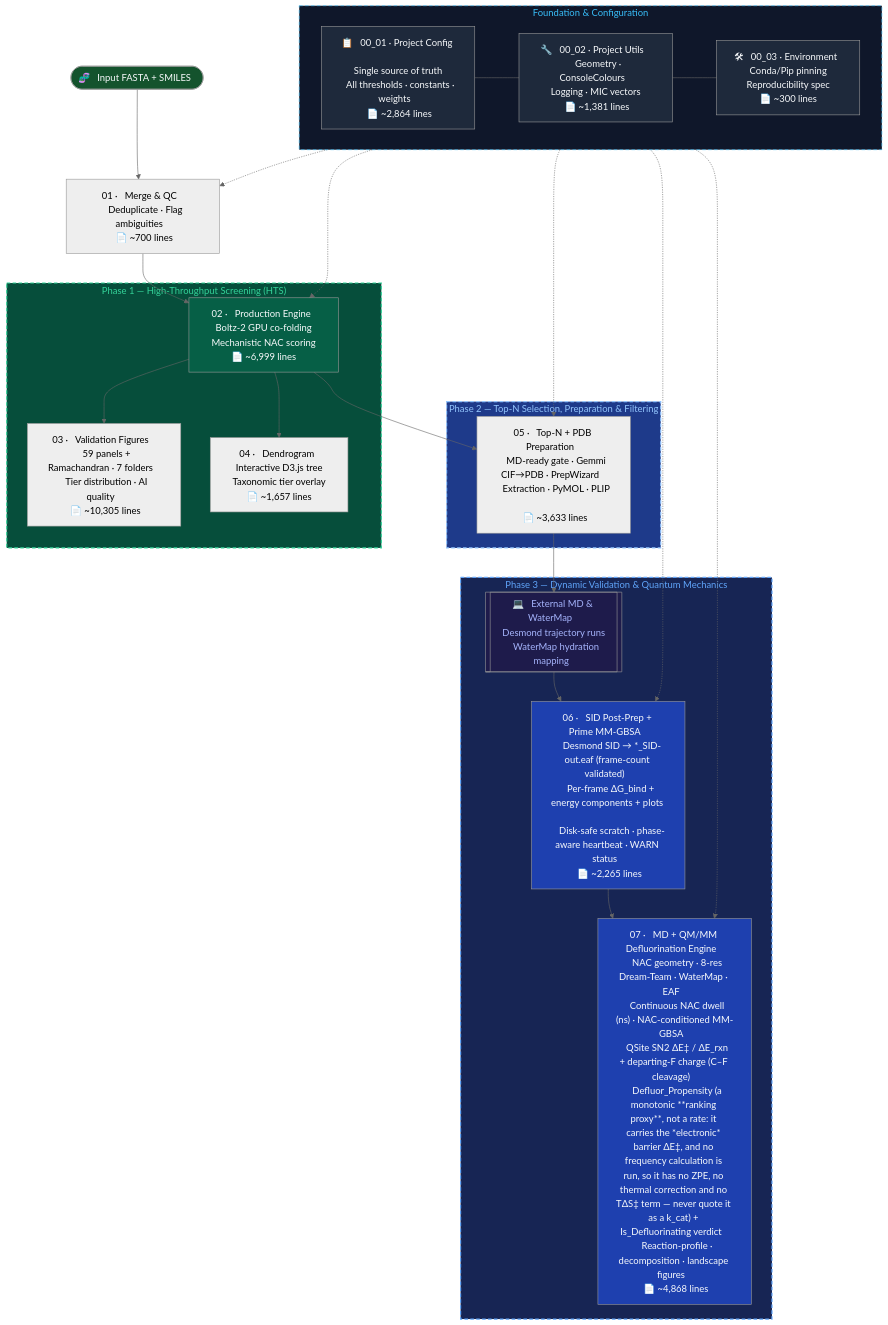
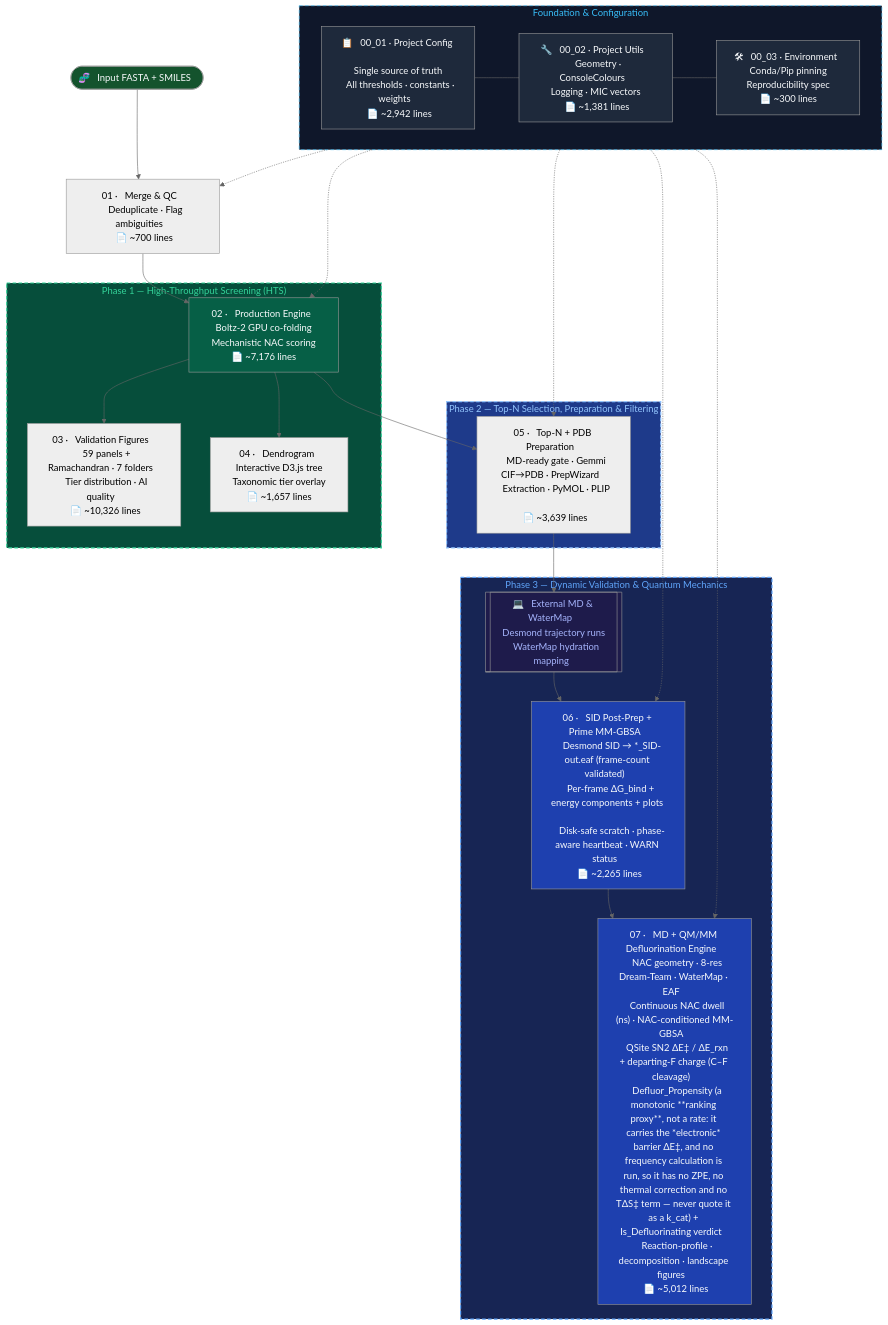
Before and after one commit to KU-MGB/DeFluorX: the diagram in README.md, drawn with Mermaid (neutral theme). The commit also changed other lines of this file and 11 other files, not shown here.

````diff
--- a/README.md
+++ b/README.md
@@ -190,56 +190,56 @@
 ```mermaid
 flowchart TD
     subgraph FOUNDATION["  Foundation & Configuration  "]
-        CFG["📋 &nbsp; 00_01 · Project Config &nbsp; \n &nbsp; Single source of truth &nbsp; \n &nbsp; All thresholds · constants · weights &nbsp; \n &nbsp; 📄 ~2,864 lines &nbsp; "]
+        CFG["📋 &nbsp; 00_01 · Project Config &nbsp; \n &nbsp; Single source of truth &nbsp; \n &nbsp; All thresholds · constants · weights &nbsp; \n &nbsp; 📄 ~2,942 lines &nbsp; "]
         UTL["🔧 &nbsp; 00_02 · Project Utils &nbsp; \n &nbsp; Geometry · ConsoleColours &nbsp; \n &nbsp; Logging · MIC vectors &nbsp; \n &nbsp; 📄 ~1,381 lines &nbsp; "]
         ENV["🛠 &nbsp; 00_03 · Environment &nbsp; \n &nbsp; Conda/Pip pinning &nbsp; \n &nbsp; Reproducibility spec &nbsp; \n &nbsp; 📄 ~300 lines &nbsp; "]
         CFG --- UTL --- ENV
     end
 
     START(["🧬 &nbsp; Input FASTA + SMILES &nbsp;"]) --> M1
     M1["01 · &nbsp; Merge & QC &nbsp; \n &nbsp; Deduplicate · Flag ambiguities &nbsp; \n &nbsp; 📄 ~700 lines &nbsp; "] --> M2
 
     subgraph PHASE1["  Phase 1 — High-Throughput Screening (HTS)  "]
-        M2["02 · &nbsp; Production Engine &nbsp; \n &nbsp; Boltz-2 GPU co-folding &nbsp; \n &nbsp; Mechanistic NAC scoring &nbsp; \n &nbsp; 📄 ~6,999 lines &nbsp; "]
-        M3["03 · &nbsp; Validation Figures &nbsp; \n &nbsp; 59 panels + Ramachandran · 7 folders &nbsp; \n &nbsp; Tier distribution · AI quality &nbsp; \n &nbsp; 📄 ~10,305 lines &nbsp; "]
+        M2["02 · &nbsp; Production Engine &nbsp; \n &nbsp; Boltz-2 GPU co-folding &nbsp; \n &nbsp; Mechanistic NAC scoring &nbsp; \n &nbsp; 📄 ~7,176 lines &nbsp; "]
+        M3["03 · &nbsp; Validation Figures &nbsp; \n &nbsp; 59 panels + Ramachandran · 7 folders &nbsp; \n &nbsp; Tier distribution · AI quality &nbsp; \n &nbsp; 📄 ~10,326 lines &nbsp; "]
         M4["04 · &nbsp; Dendrogram &nbsp; \n &nbsp; Interactive D3.js tree &nbsp; \n &nbsp; Taxonomic tier overlay &nbsp; \n &nbsp; 📄 ~1,657 lines &nbsp; "]
         M2 --> M3
         M2 --> M4
     end
 
     M2 --> M5
 
     subgraph PHASE2["  Phase 2 — Top-N Selection, Preparation & Filtering  "]
-        M5["05 · &nbsp; Top-N + PDB Preparation &nbsp; \n &nbsp; MD-ready gate · Gemmi CIF→PDB · PrepWizard &nbsp; \n &nbsp; Extraction · PyMOL · PLIP &nbsp; \n &nbsp; 📄 ~3,633 lines &nbsp; "]
+        M5["05 · &nbsp; Top-N + PDB Preparation &nbsp; \n &nbsp; MD-ready gate · Gemmi CIF→PDB · PrepWizard &nbsp; \n &nbsp; Extraction · PyMOL · PLIP &nbsp; \n &nbsp; 📄 ~3,639 lines &nbsp; "]
     end
 
     M5 --> EXT_MD
 
     subgraph PHASE3["  Phase 3 — Dynamic Validation & Quantum Mechanics  "]
         EXT_MD[["💻 &nbsp; External MD & WaterMap &nbsp; \n &nbsp; Desmond trajectory runs &nbsp; \n &nbsp; WaterMap hydration mapping &nbsp;"]]
         M6["06 · &nbsp; SID Post-Prep + Prime MM-GBSA &nbsp; \n &nbsp; Desmond SID → *_SID-out.eaf (frame-count validated) &nbsp; \n &nbsp; Per-frame ΔG_bind + energy components + plots &nbsp; \n &nbsp; Disk-safe scratch · phase-aware heartbeat · WARN status &nbsp; \n &nbsp; 📄 ~2,265 lines &nbsp; "]
-        M7["07 · &nbsp; MD + QM/MM Defluorination Engine &nbsp; \n &nbsp; NAC geometry · 8-res Dream-Team · WaterMap · EAF &nbsp; \n &nbsp; Continuous NAC dwell (ns) · NAC-conditioned MM-GBSA &nbsp; \n &nbsp; QSite SN2 ΔE‡ / ΔE_rxn + departing-F charge (C–F cleavage) &nbsp; \n &nbsp; Defluor_Propensity (a monotonic **ranking proxy**, not a rate: it carries the *electronic* barrier ΔE‡, and no frequency calculation is run, so it has no ZPE, no thermal correction and no TΔS‡ term — never quote it as a k_cat) + Is_Defluorinating verdict &nbsp; \n &nbsp; Reaction-profile · decomposition · landscape figures &nbsp; \n &nbsp; 📄 ~4,868 lines &nbsp; "]
+        M7["07 · &nbsp; MD + QM/MM Defluorination Engine &nbsp; \n &nbsp; NAC geometry · 8-res Dream-Team · WaterMap · EAF &nbsp; \n &nbsp; Continuous NAC dwell (ns) · NAC-conditioned MM-GBSA &nbsp; \n &nbsp; QSite SN2 ΔE‡ / ΔE_rxn + departing-F charge (C–F cleavage) &nbsp; \n &nbsp; Defluor_Propensity (a monotonic **ranking proxy**, not a rate: it carries the *electronic* barrier ΔE‡, and no frequency calculation is run, so it has no ZPE, no thermal correction and no TΔS‡ term — never quote it as a k_cat) + Is_Defluorinating verdict &nbsp; \n &nbsp; Reaction-profile · decomposition · landscape figures &nbsp; \n &nbsp; 📄 ~5,012 lines &nbsp; "]
         EXT_MD --> M6 --> M7
     end
 
     %% Dependencies
     FOUNDATION -.-> M1
     FOUNDATION -.-> M2
     FOUNDATION -.-> M5
     FOUNDATION -.-> M6
     FOUNDATION -.-> M7
 
     style FOUNDATION fill:#0f172a,color:#38bdf8,stroke:#38bdf8
     style CFG fill:#1e293b,color:#f8fafc
     style UTL fill:#1e293b,color:#f8fafc
     style ENV fill:#1e293b,color:#f8fafc
     style PHASE1 fill:#064e3b,color:#34d399,stroke:#34d399,stroke-width:2px,stroke-dasharray: 6 4
     style PHASE2 fill:#1e3a8a,color:#93c5fd,stroke:#93c5fd,stroke-width:2px,stroke-dasharray: 6 4
     style PHASE3 fill:#172554,color:#60a5fa,stroke:#60a5fa,stroke-width:2px,stroke-dasharray: 6 4
     style FOUNDATION stroke-dasharray: 6 4
     style M2 fill:#065f46,color:#f8fafc
     style M6 fill:#1e40af,color:#f8fafc
     style M7 fill:#1e40af,color:#f8fafc
     style START fill:#14532d,color:#f8fafc
     style EXT_MD fill:#1e1b4b,color:#a5b4fc
 ```
````
